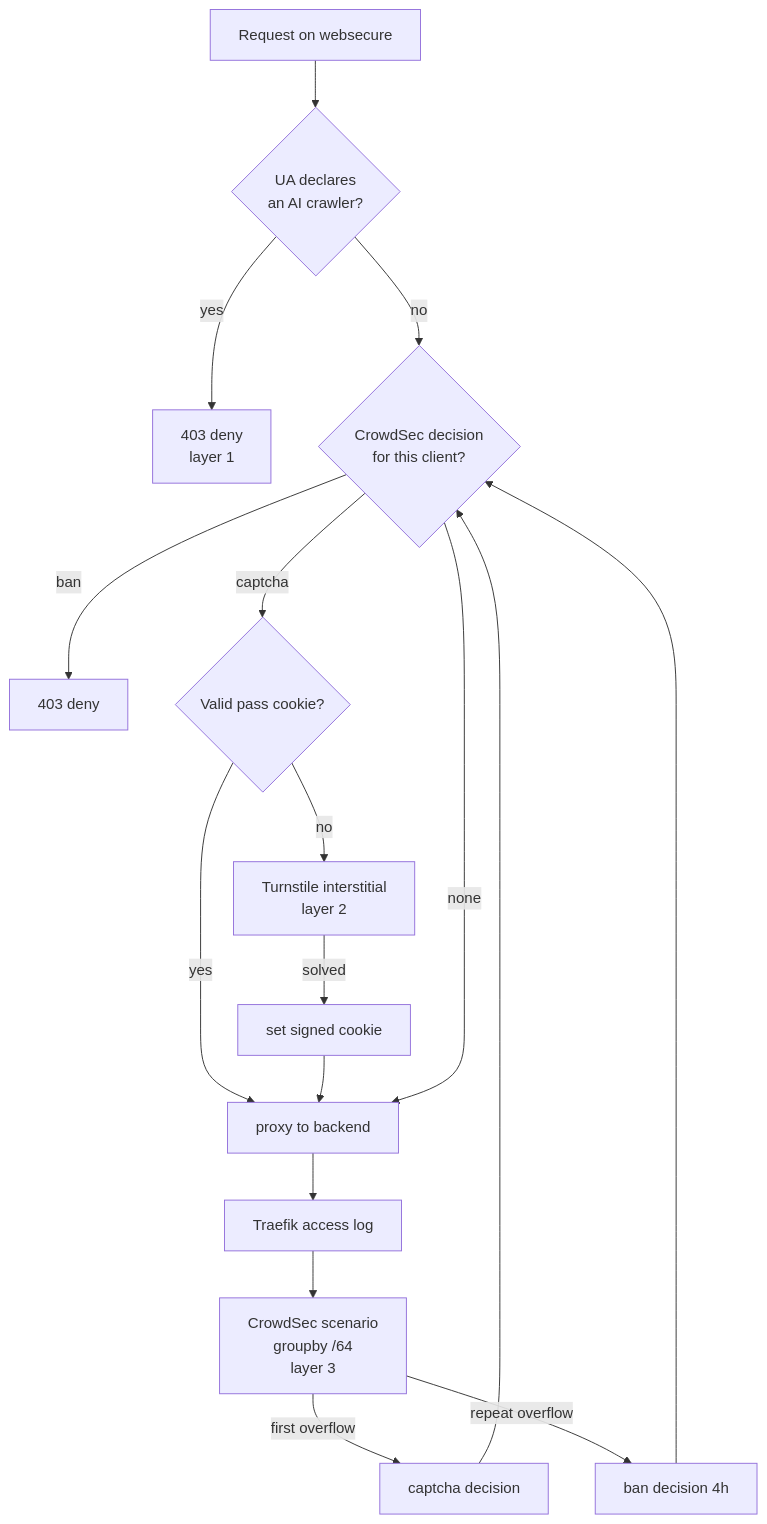
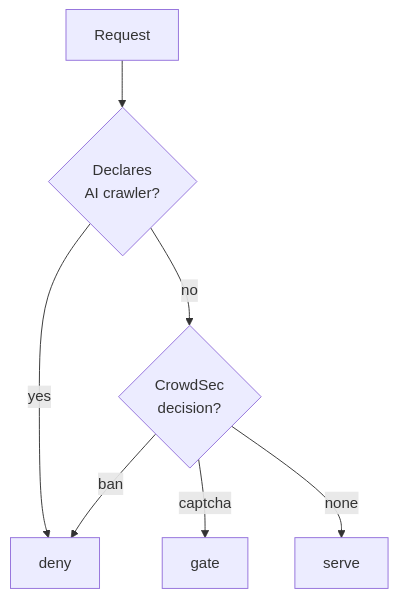
The first of 3 diagrams in docs/plans/2026-09-06-native-crawler-defence-design.md (ViktorBarzin/infra), drawn with Mermaid before and after one commit. The commit also changed other lines of this file, not shown here.

First line of the commit message:
docs: split the crawler-defence diagrams so they fit a phone

````diff
--- a/docs/plans/2026-09-06-native-crawler-defence-design.md
+++ b/docs/plans/2026-09-06-native-crawler-defence-design.md
@@ -59,18 +70,9 @@
 ```mermaid
 flowchart TD
-    R[Request on websecure] --> UA{UA declares<br/>an AI crawler?}
-    UA -->|yes| D[403 deny<br/>layer 1]
-    UA -->|no| CS{CrowdSec decision<br/>for this client?}
-    CS -->|ban| B[403 deny]
-    CS -->|captcha| C{Valid pass cookie?}
-    C -->|yes| P[proxy to backend]
-    C -->|no| T[Turnstile interstitial<br/>layer 2]
-    T -->|solved| SC[set signed cookie] --> P
-    CS -->|none| P
-    P --> L[Traefik access log]
-    L --> SC2[CrowdSec scenario<br/>groupby /64<br/>layer 3]
-    SC2 -->|first overflow| CD[captcha decision]
-    SC2 -->|repeat overflow| BD[ban decision 4h]
-    CD --> CS
-    BD --> CS
+    R[Request] --> UA{Declares<br/>AI crawler?}
+    UA -->|yes| D[deny]
+    UA -->|no| CS{CrowdSec<br/>decision?}
+    CS -->|ban| D
+    CS -->|captcha| G[gate]
+    CS -->|none| P[serve]
 ```
````
